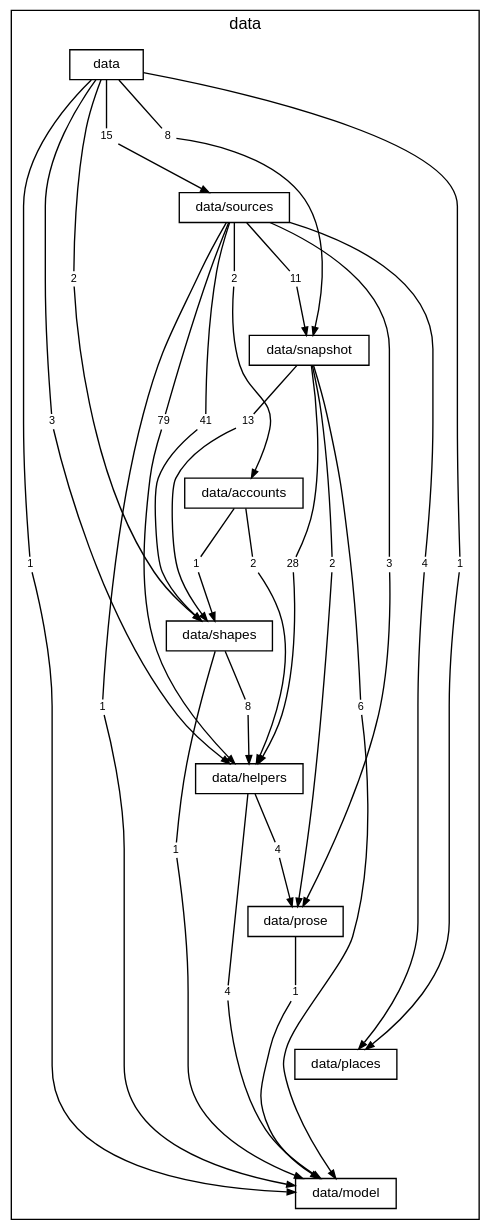
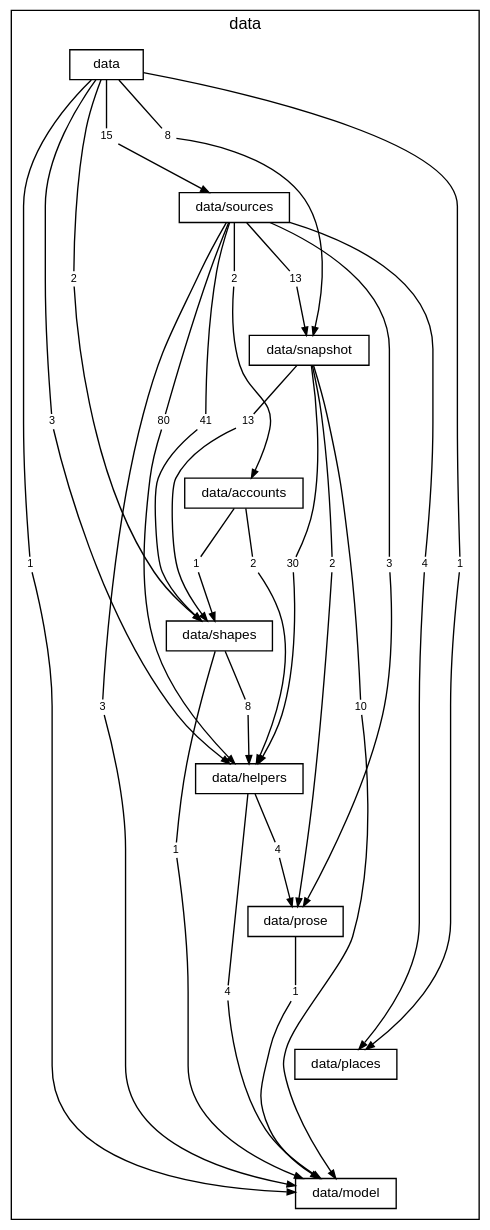
Before and after one commit to TheAxeC/oculus: the diagram in docs/diagrams/layer-data.dot, drawn with Graphviz. The commit also changed 152 other files, not shown here.

```diff
--- a/docs/diagrams/layer-data.dot
+++ b/docs/diagrams/layer-data.dot
@@ -1,97 +1,97 @@
 digraph layer_data {
     graph [bgcolor="transparent", rankdir=TB, newrank=true, mclimit=4, fontname="Helvetica", fontsize=12, nodesep=0.2, ranksep=0.5];
     node [shape=box, color="black", fontcolor="black", fontname="Helvetica", fontsize=10, height=0.3, margin="0.12,0.04"];
     edge [color="black", fontcolor="black", fontname="Helvetica", fontsize=8, arrowsize=0.6];
     subgraph "cluster_data" {
         label="data"; style=solid;
         "folder data" [label="data"];
         "folder data/sources" [label="data/sources"];
         "folder data/snapshot" [label="data/snapshot"];
         "folder data/accounts" [label="data/accounts"];
         "folder data/shapes" [label="data/shapes"];
         "folder data/helpers" [label="data/helpers"];
         "folder data/prose" [label="data/prose"];
         "folder data/places" [label="data/places"];
         "folder data/model" [label="data/model"];
         "folder data to folder data/helpers" [label="3", shape=box, color="transparent", fontsize=8, width=0, height=0, margin="0.04,0.02"];
         "folder data to folder data/model" [label="1", shape=box, color="transparent", fontsize=8, width=0, height=0, margin="0.04,0.02"];
         "folder data to folder data/places" [label="1", shape=box, color="transparent", fontsize=8, width=0, height=0, margin="0.04,0.02"];
         "folder data to folder data/shapes" [label="2", shape=box, color="transparent", fontsize=8, width=0, height=0, margin="0.04,0.02"];
         "folder data to folder data/snapshot" [label="8", shape=box, color="transparent", fontsize=8, width=0, height=0, margin="0.04,0.02"];
         "folder data to folder data/sources" [label="15", shape=box, color="transparent", fontsize=8, width=0, height=0, margin="0.04,0.02"];
         "folder data/sources to folder data/accounts" [label="2", shape=box, color="transparent", fontsize=8, width=0, height=0, margin="0.04,0.02"];
-        "folder data/sources to folder data/helpers" [label="79", shape=box, color="transparent", fontsize=8, width=0, height=0, margin="0.04,0.02"];
-        "folder data/sources to folder data/model" [label="1", shape=box, color="transparent", fontsize=8, width=0, height=0, margin="0.04,0.02"];
+        "folder data/sources to folder data/helpers" [label="80", shape=box, color="transparent", fontsize=8, width=0, height=0, margin="0.04,0.02"];
+        "folder data/sources to folder data/model" [label="3", shape=box, color="transparent", fontsize=8, width=0, height=0, margin="0.04,0.02"];
         "folder data/sources to folder data/places" [label="4", shape=box, color="transparent", fontsize=8, width=0, height=0, margin="0.04,0.02"];
         "folder data/sources to folder data/prose" [label="3", shape=box, color="transparent", fontsize=8, width=0, height=0, margin="0.04,0.02"];
         "folder data/sources to folder data/shapes" [label="41", shape=box, color="transparent", fontsize=8, width=0, height=0, margin="0.04,0.02"];
-        "folder data/sources to folder data/snapshot" [label="11", shape=box, color="transparent", fontsize=8, width=0, height=0, margin="0.04,0.02"];
-        "folder data/snapshot to folder data/helpers" [label="28", shape=box, color="transparent", fontsize=8, width=0, height=0, margin="0.04,0.02"];
-        "folder data/snapshot to folder data/model" [label="6", shape=box, color="transparent", fontsize=8, width=0, height=0, margin="0.04,0.02"];
+        "folder data/sources to folder data/snapshot" [label="13", shape=box, color="transparent", fontsize=8, width=0, height=0, margin="0.04,0.02"];
+        "folder data/snapshot to folder data/helpers" [label="30", shape=box, color="transparent", fontsize=8, width=0, height=0, margin="0.04,0.02"];
+        "folder data/snapshot to folder data/model" [label="10", shape=box, color="transparent", fontsize=8, width=0, height=0, margin="0.04,0.02"];
         "folder data/snapshot to folder data/prose" [label="2", shape=box, color="transparent", fontsize=8, width=0, height=0, margin="0.04,0.02"];
         "folder data/snapshot to folder data/shapes" [label="13", shape=box, color="transparent", fontsize=8, width=0, height=0, margin="0.04,0.02"];
         "folder data/accounts to folder data/helpers" [label="2", shape=box, color="transparent", fontsize=8, width=0, height=0, margin="0.04,0.02"];
         "folder data/accounts to folder data/shapes" [label="1", shape=box, color="transparent", fontsize=8, width=0, height=0, margin="0.04,0.02"];
         "folder data/shapes to folder data/helpers" [label="8", shape=box, color="transparent", fontsize=8, width=0, height=0, margin="0.04,0.02"];
         "folder data/shapes to folder data/model" [label="1", shape=box, color="transparent", fontsize=8, width=0, height=0, margin="0.04,0.02"];
         "folder data/helpers to folder data/model" [label="4", shape=box, color="transparent", fontsize=8, width=0, height=0, margin="0.04,0.02"];
         "folder data/helpers to folder data/prose" [label="4", shape=box, color="transparent", fontsize=8, width=0, height=0, margin="0.04,0.02"];
         "folder data/prose to folder data/model" [label="1", shape=box, color="transparent", fontsize=8, width=0, height=0, margin="0.04,0.02"];
     }
     "folder data" -> "folder data/sources" [style=invis, weight=10, minlen=2];
     "folder data/sources" -> "folder data/snapshot" [style=invis, weight=10, minlen=2];
     "folder data/snapshot" -> "folder data/accounts" [style=invis, weight=10, minlen=2];
     "folder data/accounts" -> "folder data/shapes" [style=invis, weight=10, minlen=2];
     "folder data/shapes" -> "folder data/helpers" [style=invis, weight=10, minlen=2];
     "folder data/helpers" -> "folder data/prose" [style=invis, weight=10, minlen=2];
     "folder data/prose" -> "folder data/places" [style=invis, weight=10, minlen=2];
     "folder data/places" -> "folder data/model" [style=invis, weight=10, minlen=2];
     "folder data" -> "folder data to folder data/helpers" [arrowhead=none, minlen=5, weight=10];
     "folder data to folder data/helpers" -> "folder data/helpers" [];
     "folder data" -> "folder data to folder data/model" [arrowhead=none, minlen=7, weight=10];
     "folder data to folder data/model" -> "folder data/model" [];
     "folder data" -> "folder data to folder data/places" [arrowhead=none, minlen=7, weight=10];
     "folder data to folder data/places" -> "folder data/places" [];
     "folder data" -> "folder data to folder data/shapes" [arrowhead=none, minlen=3, weight=10];
     "folder data to folder data/shapes" -> "folder data/shapes" [];
     "folder data" -> "folder data to folder data/snapshot" [arrowhead=none, minlen=1, weight=10];
     "folder data to folder data/snapshot" -> "folder data/snapshot" [];
     "folder data" -> "folder data to folder data/sources" [arrowhead=none, minlen=1, weight=10];
     "folder data to folder data/sources" -> "folder data/sources" [];
     "folder data/sources" -> "folder data/sources to folder data/accounts" [arrowhead=none, minlen=1, weight=10];
     "folder data/sources to folder data/accounts" -> "folder data/accounts" [];
     "folder data/sources" -> "folder data/sources to folder data/helpers" [arrowhead=none, minlen=3, weight=10];
     "folder data/sources to folder data/helpers" -> "folder data/helpers" [];
     "folder data/sources" -> "folder data/sources to folder data/model" [arrowhead=none, minlen=7, weight=10];
     "folder data/sources to folder data/model" -> "folder data/model" [];
     "folder data/sources" -> "folder data/sources to folder data/places" [arrowhead=none, minlen=5, weight=10];
     "folder data/sources to folder data/places" -> "folder data/places" [];
     "folder data/sources" -> "folder data/sources to folder data/prose" [arrowhead=none, minlen=5, weight=10];
     "folder data/sources to folder data/prose" -> "folder data/prose" [];
     "folder data/sources" -> "folder data/sources to folder data/shapes" [arrowhead=none, minlen=3, weight=10];
     "folder data/sources to folder data/shapes" -> "folder data/shapes" [];
     "folder data/sources" -> "folder data/sources to folder data/snapshot" [arrowhead=none, minlen=1, weight=10];
     "folder data/sources to folder data/snapshot" -> "folder data/snapshot" [];
     "folder data/snapshot" -> "folder data/snapshot to folder data/helpers" [arrowhead=none, minlen=3, weight=10];
     "folder data/snapshot to folder data/helpers" -> "folder data/helpers" [];
     "folder data/snapshot" -> "folder data/snapshot to folder data/model" [arrowhead=none, minlen=5, weight=10];
     "folder data/snapshot to folder data/model" -> "folder data/model" [];
     "folder data/snapshot" -> "folder data/snapshot to folder data/prose" [arrowhead=none, minlen=3, weight=10];
     "folder data/snapshot to folder data/prose" -> "folder data/prose" [];
     "folder data/snapshot" -> "folder data/snapshot to folder data/shapes" [arrowhead=none, minlen=1, weight=10];
     "folder data/snapshot to folder data/shapes" -> "folder data/shapes" [];
     "folder data/accounts" -> "folder data/accounts to folder data/helpers" [arrowhead=none, minlen=1, weight=10];
     "folder data/accounts to folder data/helpers" -> "folder data/helpers" [];
     "folder data/accounts" -> "folder data/accounts to folder data/shapes" [arrowhead=none, minlen=1, weight=10];
     "folder data/accounts to folder data/shapes" -> "folder data/shapes" [];
     "folder data/shapes" -> "folder data/shapes to folder data/helpers" [arrowhead=none, minlen=1, weight=10];
     "folder data/shapes to folder data/helpers" -> "folder data/helpers" [];
     "folder data/shapes" -> "folder data/shapes to folder data/model" [arrowhead=none, minlen=3, weight=10];
     "folder data/shapes to folder data/model" -> "folder data/model" [];
     "folder data/helpers" -> "folder data/helpers to folder data/model" [arrowhead=none, minlen=3, weight=10];
     "folder data/helpers to folder data/model" -> "folder data/model" [];
     "folder data/helpers" -> "folder data/helpers to folder data/prose" [arrowhead=none, minlen=1, weight=10];
     "folder data/helpers to folder data/prose" -> "folder data/prose" [];
     "folder data/prose" -> "folder data/prose to folder data/model" [arrowhead=none, minlen=1, weight=10];
     "folder data/prose to folder data/model" -> "folder data/model" [];
 }
```
